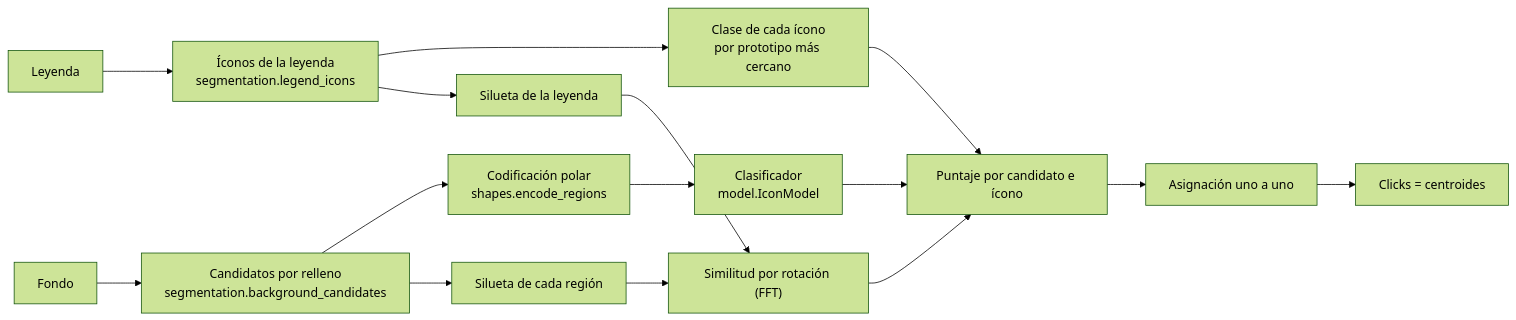
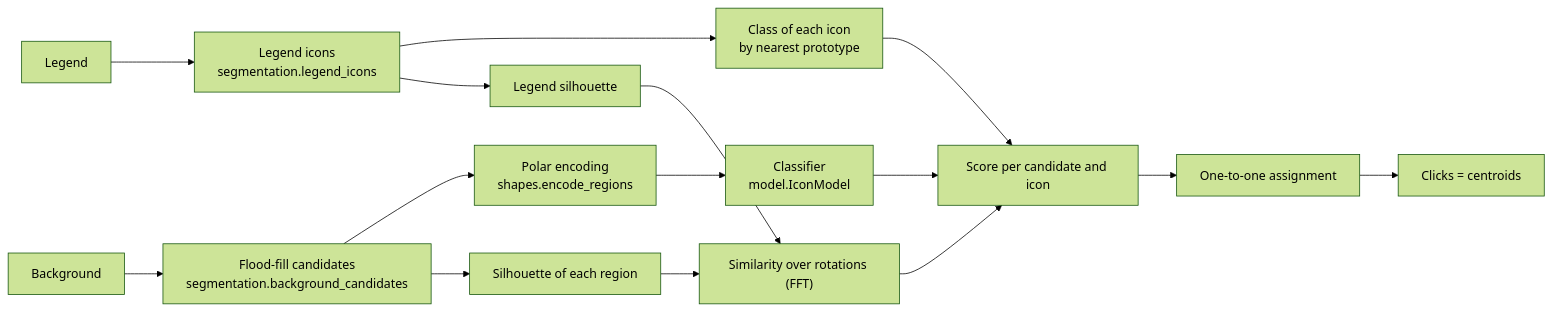
Before and after one commit to SantiagoDemattei/icon-captcha-solver: the first of 2 diagrams in README.md, drawn with Mermaid (forest theme). The commit also changed other lines of this file and 2 other files, not shown here.

````diff
--- a/README.md
+++ b/README.md
@@ -52,17 +54,17 @@
 ```mermaid
 flowchart LR
-    L["Leyenda"] --> LI["Íconos de la leyenda<br/>segmentation.legend_icons"]
-    LI --> CL["Clase de cada ícono<br/>por prototipo más cercano"]
-    LI --> SL["Silueta de la leyenda"]
-    B["Fondo"] --> CA["Candidatos por relleno<br/>segmentation.background_candidates"]
-    CA --> EN["Codificación polar<br/>shapes.encode_regions"]
-    EN --> NN["Clasificador<br/>model.IconModel"]
-    CA --> SR["Silueta de cada región"]
-    NN --> SC["Puntaje por candidato e ícono"]
+    L["Legend"] --> LI["Legend icons<br/>segmentation.legend_icons"]
+    LI --> CL["Class of each icon<br/>by nearest prototype"]
+    LI --> SL["Legend silhouette"]
+    B["Background"] --> CA["Flood-fill candidates<br/>segmentation.background_candidates"]
+    CA --> EN["Polar encoding<br/>shapes.encode_regions"]
+    EN --> NN["Classifier<br/>model.IconModel"]
+    CA --> SR["Silhouette of each region"]
+    NN --> SC["Score per candidate and icon"]
     CL --> SC
-    SL --> SIM["Similitud por rotación (FFT)"]
+    SL --> SIM["Similarity over rotations (FFT)"]
     SR --> SIM
     SIM --> SC
-    SC --> AS["Asignación uno a uno"]
-    AS --> CK["Clicks = centroides"]
+    SC --> AS["One-to-one assignment"]
+    AS --> CK["Clicks = centroids"]
 ```
````
